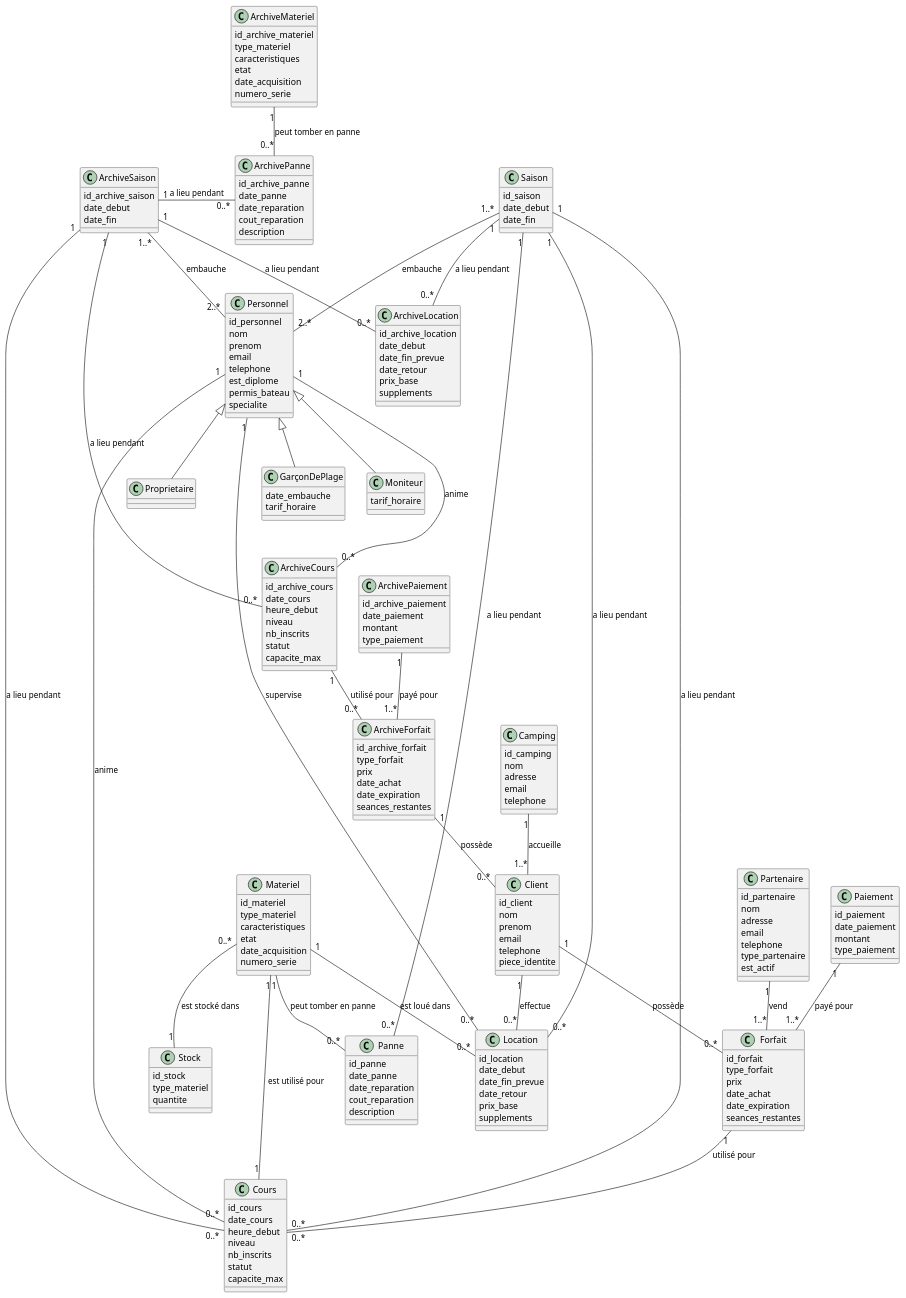
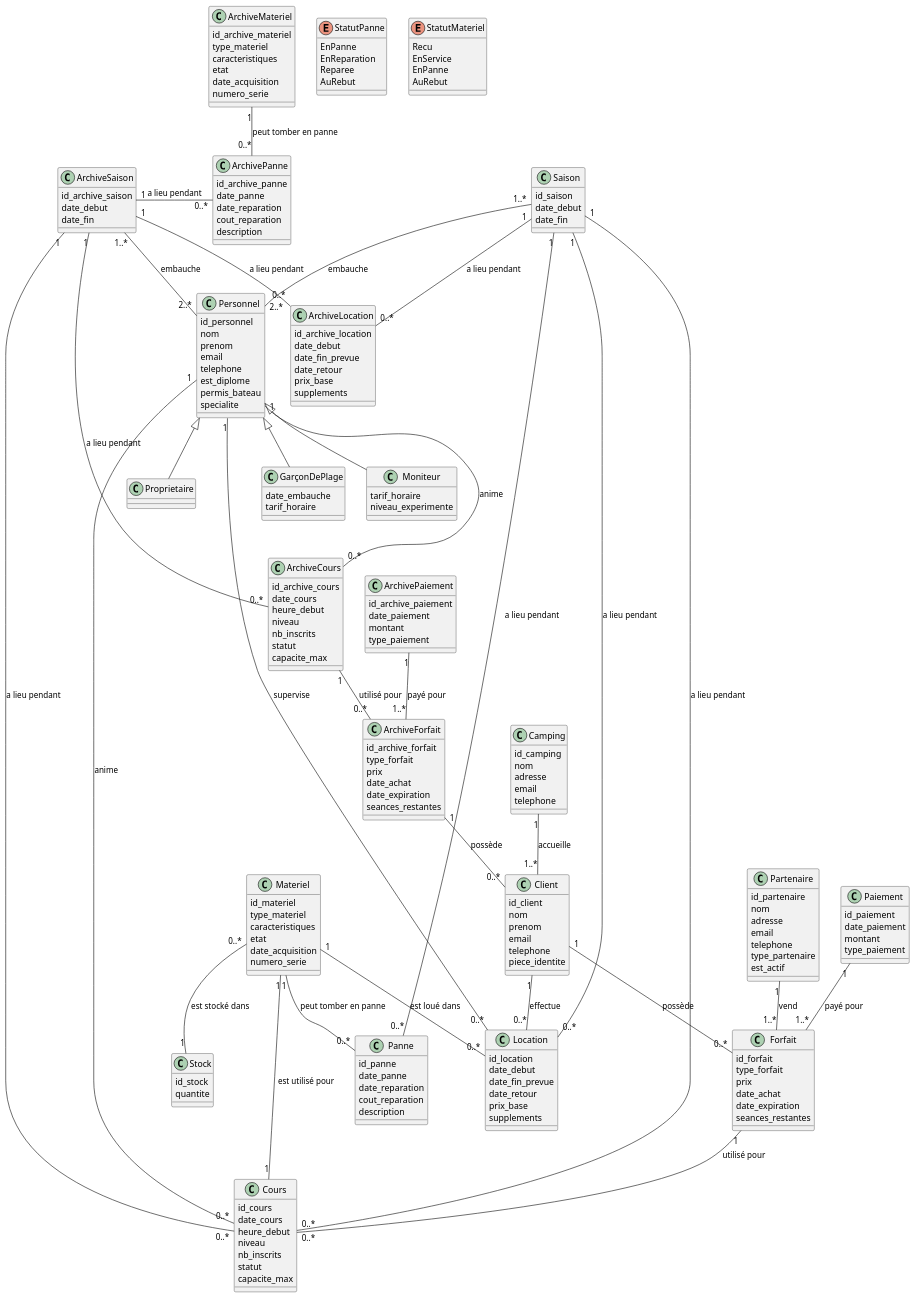
One commit to Hugo-COLLIN/MIAGE_CSI_NauticalClub changed the diagram in docs/1-analysis/generalDesignClassDiagram.puml. Above: the diagram before and after it, drawn with PlantUML. The commit also changed 4 other files, not shown here.

```diff
--- a/docs/1-analysis/generalDesignClassDiagram.puml
+++ b/docs/1-analysis/generalDesignClassDiagram.puml
@@ -17,6 +17,7 @@
 
     class Moniteur extends Personnel {
         tarif_horaire
+        niveau_experimente
     }
 
     class Proprietaire extends Personnel {
@@ -153,7 +154,6 @@
 
     class Stock {
         id_stock
-        type_materiel
         quantite
     }
 
@@ -169,6 +169,20 @@
         date_paiement
         montant
         type_paiement
+    }
+
+    enum StatutPanne {
+        EnPanne
+        EnReparation
+        Reparee
+        AuRebut
+    }
+
+    enum StatutMateriel {
+        Recu
+        EnService
+        EnPanne
+        AuRebut
     }
 
     Client "1" -- "0..*" Forfait: possède
```
